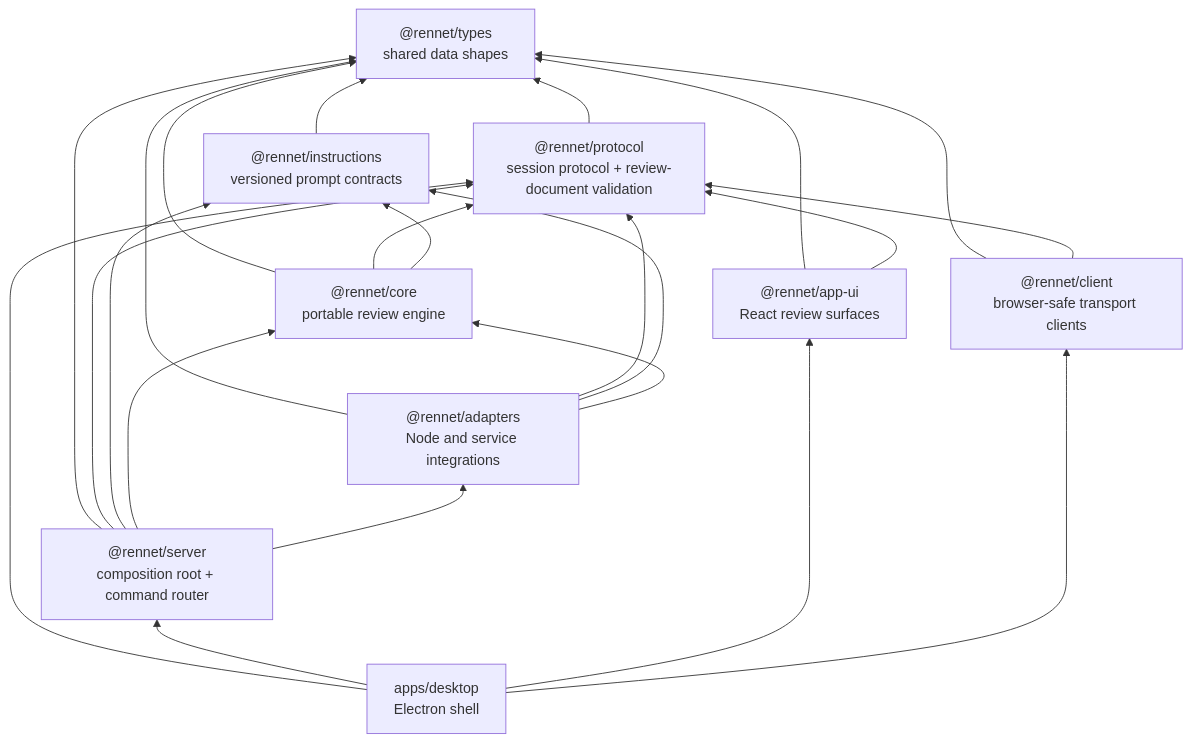
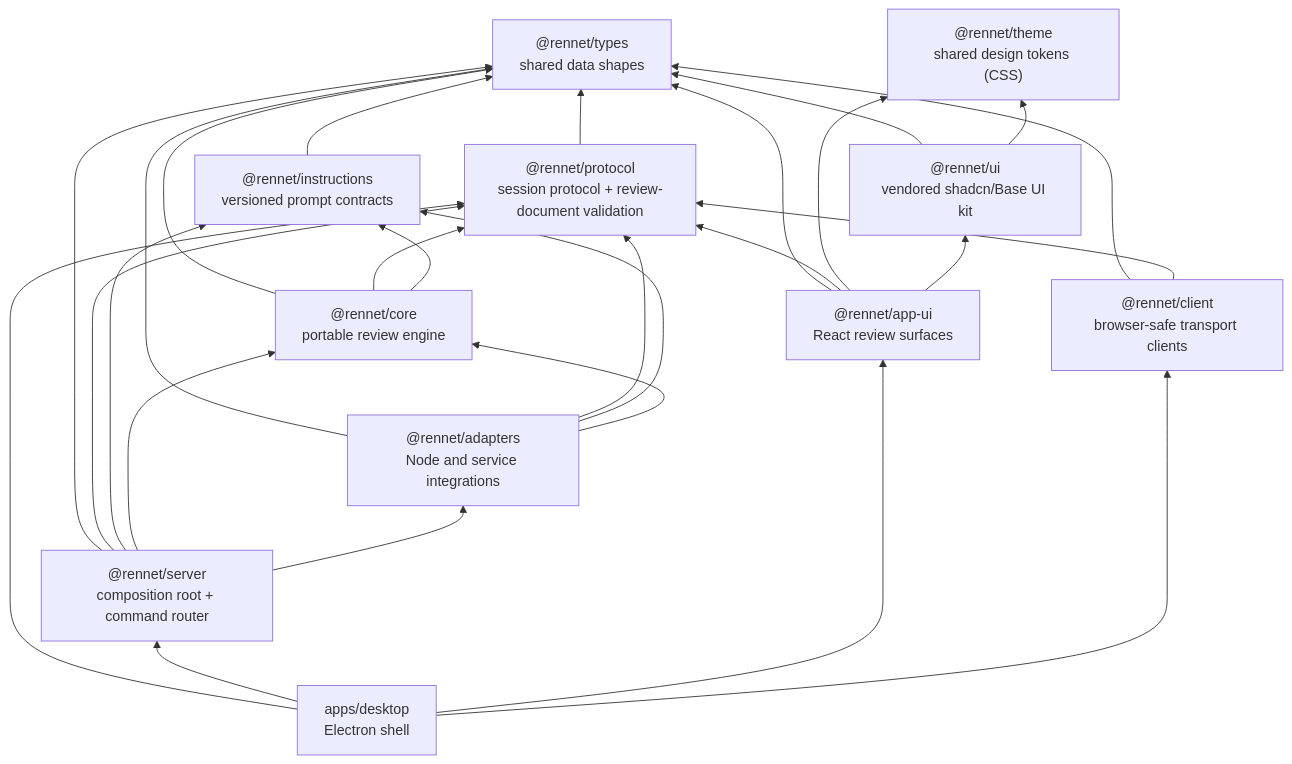
One commit to rbutera/Rennet changed the third of 7 diagrams in docs/src/content/docs/developing/concepts/architecture-overview.md. Above: the diagram before and after it, drawn with Mermaid. The commit also changed other lines of this file and 41 other files, not shown here.

````diff
--- a/docs/src/content/docs/developing/concepts/architecture-overview.md
+++ b/docs/src/content/docs/developing/concepts/architecture-overview.md
@@ -119,35 +119,41 @@
 ```mermaid
 flowchart BT
   types["@rennet/types<br/>shared data shapes"]
+  theme["@rennet/theme<br/>shared design tokens (CSS)"]
   protocol["@rennet/protocol<br/>session protocol + review-document validation"]
   instructions["@rennet/instructions<br/>versioned prompt contracts"]
   core["@rennet/core<br/>portable review engine"]
   adapters["@rennet/adapters<br/>Node and service integrations"]
   server["@rennet/server<br/>composition root + command router"]
+  uikit["@rennet/ui<br/>vendored shadcn/Base UI kit"]
   ui["@rennet/app-ui<br/>React review surfaces"]
   client["@rennet/client<br/>browser-safe transport clients"]
   desktop["apps/desktop<br/>Electron shell"]
 
   protocol --> types
   instructions --> types
   core --> types
   core --> protocol
   core --> instructions
   adapters --> types
   adapters --> protocol
   adapters --> instructions
   adapters --> core
   server --> types
   server --> protocol
   server --> instructions
   server --> core
   server --> adapters
+  uikit --> types
+  uikit --> theme
   ui --> types
   ui --> protocol
+  ui --> theme
+  ui --> uikit
   client --> types
   client --> protocol
   desktop --> protocol
   desktop --> server
   desktop --> ui
   desktop --> client
 ```
````
